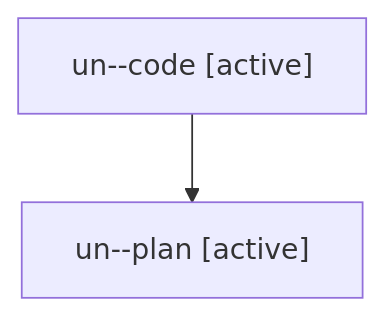
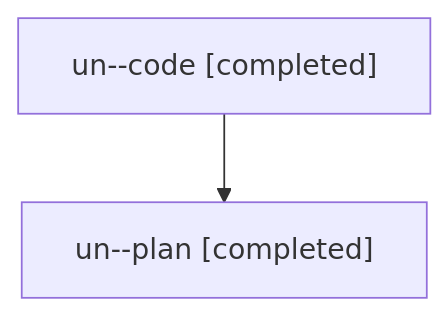
The diagram in families/bbugyi200.athena.un.md (sase-org/sase--agents), drawn with Mermaid before and after one commit. The commit also changed other lines of this file and 44 other files, not shown here.

````diff
--- a/families/bbugyi200.athena.un.md
+++ b/families/bbugyi200.athena.un.md
@@ -9,6 +9,6 @@
 ```mermaid
 flowchart TD
-  n0["un--code [active]"]
-  n1["un--plan [active]"]
+  n0["un--code [completed]"]
+  n1["un--plan [completed]"]
   n0 --> n1
 ```
````
